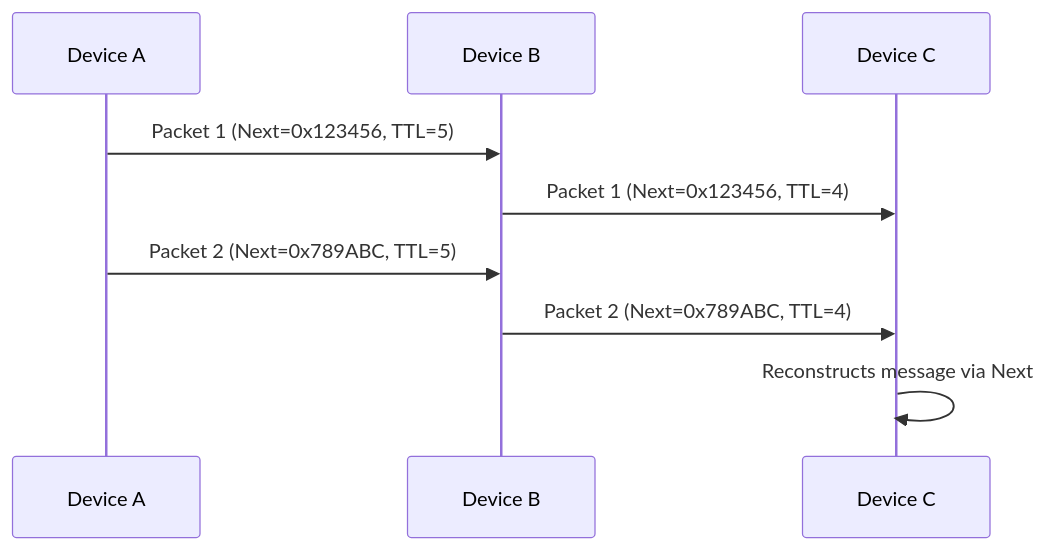
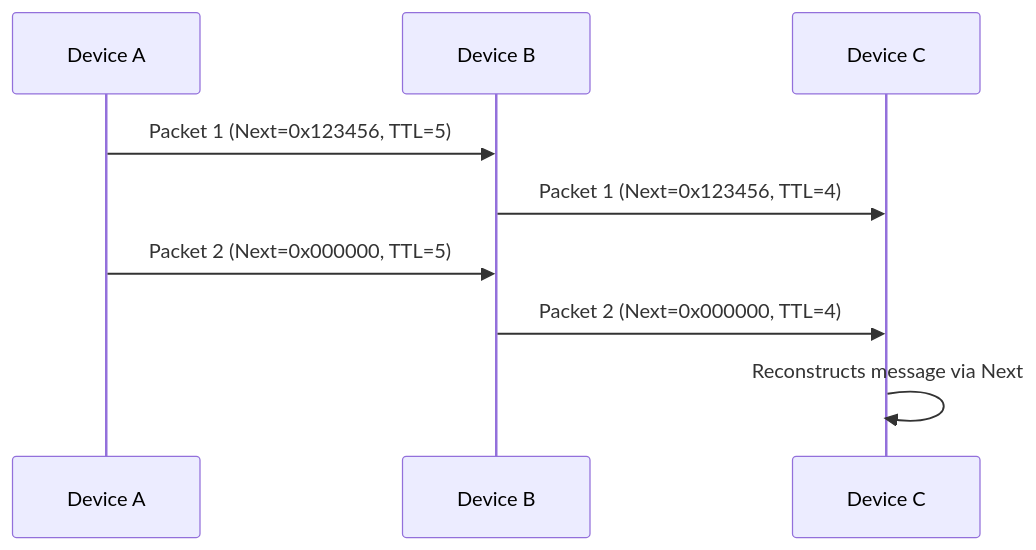
Before and after one commit to 4surix/honeybee: the diagram in PROTOCOL.md, drawn with Mermaid. The commit also changed other lines of this file, not shown here.

````diff
--- a/PROTOCOL.md
+++ b/PROTOCOL.md
@@ -48,12 +47,12 @@
 ```mermaid
 sequenceDiagram
     participant A as Device A
     participant B as Device B
     participant C as Device C
 
     A->>B: Packet 1 (Next=0x123456, TTL=5)
     B->>C: Packet 1 (Next=0x123456, TTL=4)
-    A->>B: Packet 2 (Next=0x789ABC, TTL=5)
-    B->>C: Packet 2 (Next=0x789ABC, TTL=4)
+    A->>B: Packet 2 (Next=0x000000, TTL=5)
+    B->>C: Packet 2 (Next=0x000000, TTL=4)
     C->>C: Reconstructs message via Next
 ```
````
